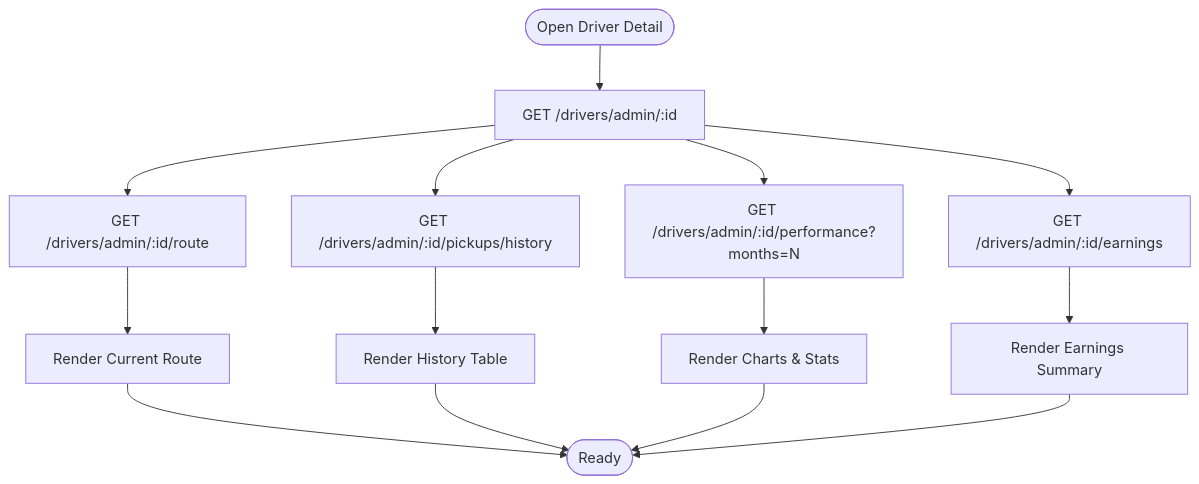
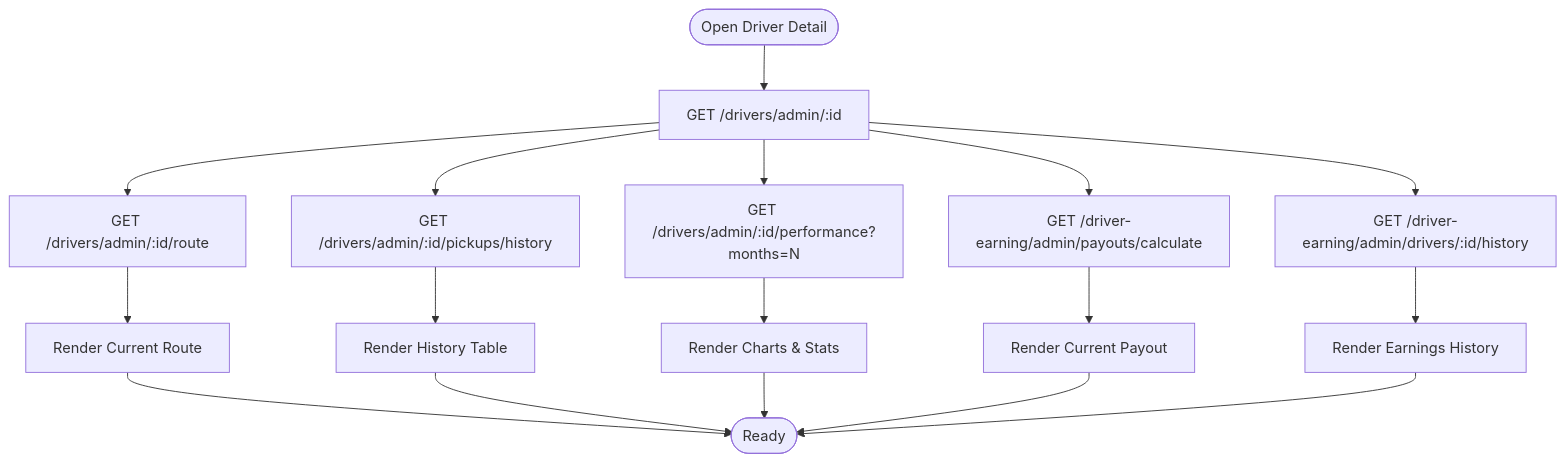
One commit to Lazynerd-Studios/lacarte-atlas-console changed the fourth of 10 diagrams in .qoder/repowiki/en/content/Business Modules/Fleet Management.md. Above: the diagram before and after it, drawn with Mermaid. The commit also changed other lines of this file and 17 other files, not shown here.

````diff
--- a/.qoder/repowiki/en/content/Business Modules/Fleet Management.md
+++ b/.qoder/repowiki/en/content/Business Modules/Fleet Management.md
@@ -291,16 +308,19 @@
 ```mermaid
 flowchart TD
 Start([Open Driver Detail]) --> FetchProfile["GET /drivers/admin/:id"]
 FetchProfile --> FetchRoute["GET /drivers/admin/:id/route"]
 FetchProfile --> FetchHistory["GET /drivers/admin/:id/pickups/history"]
 FetchProfile --> FetchPerf["GET /drivers/admin/:id/performance?months=N"]
-FetchProfile --> FetchEarnings["GET /drivers/admin/:id/earnings"]
+FetchProfile --> FetchPayout["GET /driver-earning/admin/payouts/calculate"]
+FetchProfile --> FetchEarnings["GET /driver-earning/admin/drivers/:id/history"]
 FetchRoute --> RenderRoute["Render Current Route"]
 FetchHistory --> RenderHistory["Render History Table"]
 FetchPerf --> RenderPerf["Render Charts & Stats"]
-FetchEarnings --> RenderEarnings["Render Earnings Summary"]
+FetchPayout --> RenderPayout["Render Current Payout"]
+FetchEarnings --> RenderEarnings["Render Earnings History"]
 RenderRoute --> End([Ready])
 RenderHistory --> End
 RenderPerf --> End
+RenderPayout --> End
 RenderEarnings --> End
 ```
````
